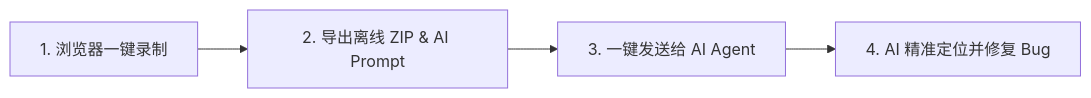
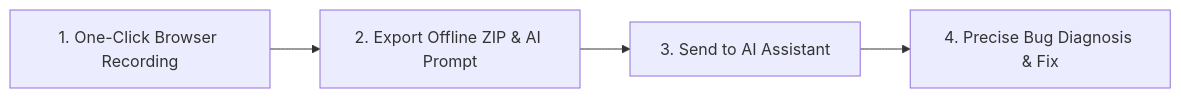
Before and after one commit to Aoyia/bug-lens: the diagram in README.md, drawn with Mermaid. The commit also changed other lines of this file and 1 other file, not shown here.

````diff
--- a/README.md
+++ b/README.md
@@ -22,6 +22,6 @@
 ```mermaid
 graph LR
-    A["1. 浏览器一键录制"] --> B["2. 导出离线 ZIP & AI Prompt"]
-    B --> C["3. 一键发送给 AI Agent"]
-    C --> D["4. AI 精准定位并修复 Bug"]
+    A["1. One-Click Browser Recording"] --> B["2. Export Offline ZIP & AI Prompt"]
+    B --> C["3. Send to AI Assistant"]
+    C --> D["4. Precise Bug Diagnosis & Fix"]
 ```
````
